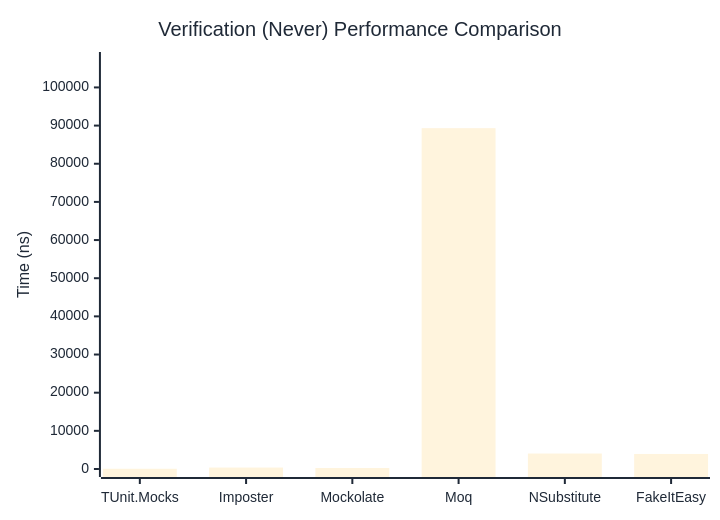
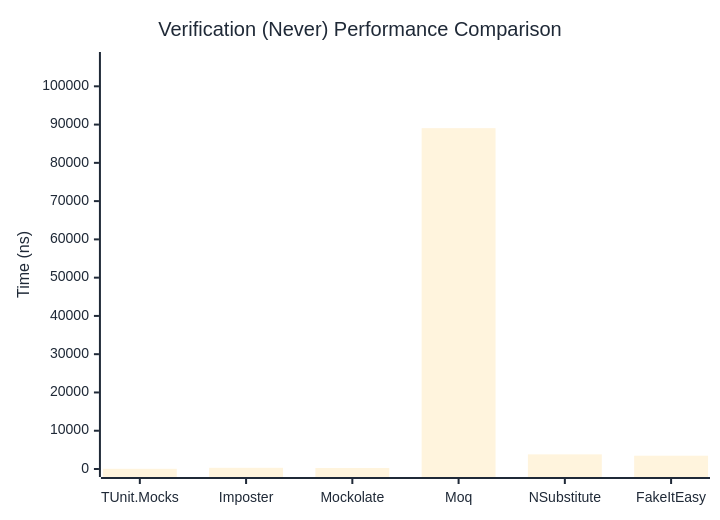
One commit to thomhurst/TUnit changed the second of 3 diagrams in docs/docs/benchmarks/mocks/Verification.md. Above: the diagram before and after it, drawn with Mermaid. The commit also changed other lines of this file and 14 other files, not shown here.

````diff
--- a/docs/docs/benchmarks/mocks/Verification.md
+++ b/docs/docs/benchmarks/mocks/Verification.md
@@ -71,27 +71,27 @@
 ```mermaid
 %%{init: {
   'theme':'base',
   'themeVariables': {
     'primaryColor': '#2563eb',
     'primaryTextColor': '#1f2937',
     'primaryBorderColor': '#1e40af',
     'lineColor': '#6b7280',
     'secondaryColor': '#7c3aed',
     'tertiaryColor': '#dc2626',
     'background': '#ffffff',
     'pie1': '#2563eb',
     'pie2': '#7c3aed',
     'pie3': '#dc2626',
     'pie4': '#f59e0b',
     'pie5': '#10b981',
     'pie6': '#06b6d4',
     'pie7': '#ec4899',
     'pie8': '#6366f1'
   }
 }}%%
 xychart-beta
   title "Verification (Never) Performance Comparison"
   x-axis ["TUnit.Mocks", "Imposter", "Mockolate", "Moq", "NSubstitute", "FakeItEasy"]
-  y-axis "Time (ns)" 0 --> 107189
-  bar [59.27, 375.63, 266.06, 89324.02, 4056.3, 3938.06]
+  y-axis "Time (ns)" 0 --> 106876
+  bar [50.15, 311.65, 252.82, 89062.89, 3825.68, 3473.18]
 ```
````
